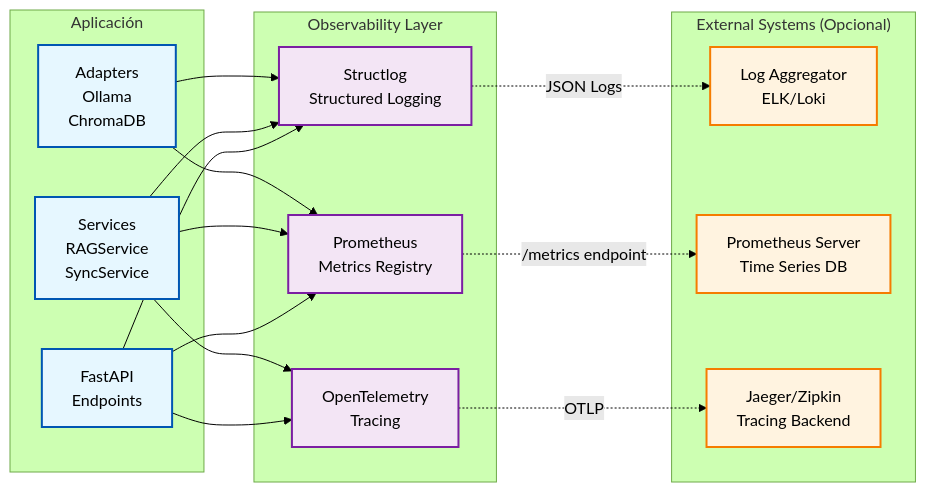
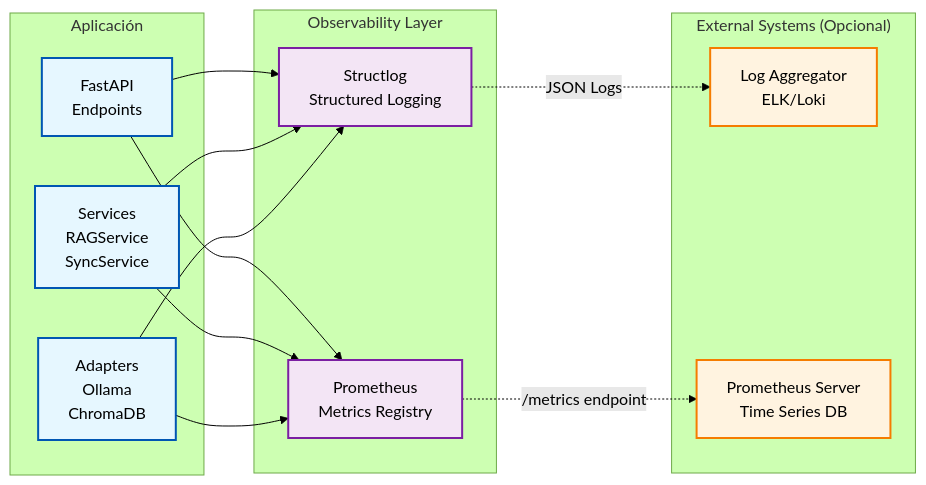
Before and after one commit to mrodespin/aibrarian: the fifth of 5 diagrams in README.md, drawn with Mermaid (forest theme). The commit also changed other lines of this file, not shown here.

````diff
--- a/README.md
+++ b/README.md
@@ -313,50 +312,45 @@
 ```mermaid
 graph LR
     %% --- Definiciones de Estilo ---
     classDef app fill:#e6f7ff,stroke:#0056b3,stroke-width:2px;
     classDef obs fill:#f3e5f5,stroke:#7b1fa2,stroke-width:2px;
     classDef external fill:#fff3e0,stroke:#f57c00,stroke-width:2px;
 
     %% --- Aplicación ---
     subgraph "Aplicación"
         API["FastAPI<br>Endpoints"]
         Services["Services<br>RAGService<br>SyncService"]
         Adapters["Adapters<br>Ollama<br>ChromaDB"]
     end
 
     %% --- Capa de Observabilidad ---
     subgraph "Observability Layer"
         Logger["Structlog<br>Structured Logging"]
         Metrics["Prometheus<br>Metrics Registry"]
-        Tracer["OpenTelemetry<br>Tracing"]
     end
 
     %% --- Sistemas Externos ---
     subgraph "External Systems (Opcional)"
         LogAgg["Log Aggregator<br>ELK/Loki"]
         MetricsDB["Prometheus Server<br>Time Series DB"]
-        TracingBackend["Jaeger/Zipkin<br>Tracing Backend"]
     end
 
     %% --- Flujo de Observabilidad ---
     API --> Logger
     API --> Metrics
-    API --> Tracer
 
     Services --> Logger
     Services --> Metrics
-    Services --> Tracer
 
     Adapters --> Logger
     Adapters --> Metrics
 
     %% --- Exportación ---
     Logger -.->|JSON Logs| LogAgg
     Metrics -.->|/metrics endpoint| MetricsDB
-    Tracer -.->|OTLP| TracingBackend
 
     %% --- Asignación de Clases ---
     class API,Services,Adapters app
-    class Logger,Metrics,Tracer obs
-    class LogAgg,MetricsDB,TracingBackend external
+    class Logger,Metrics obs
+    class LogAgg,MetricsDB external
 ```
````
